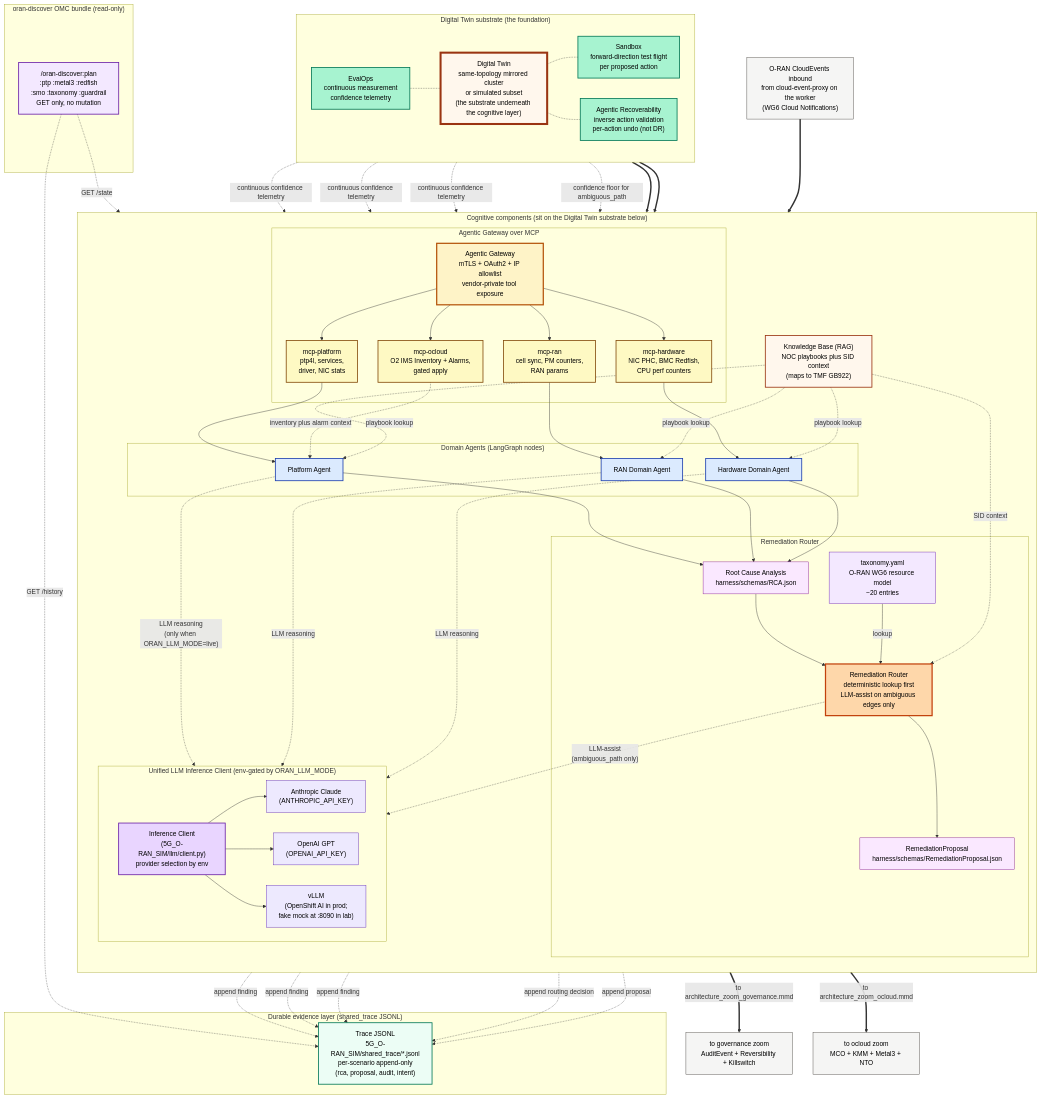
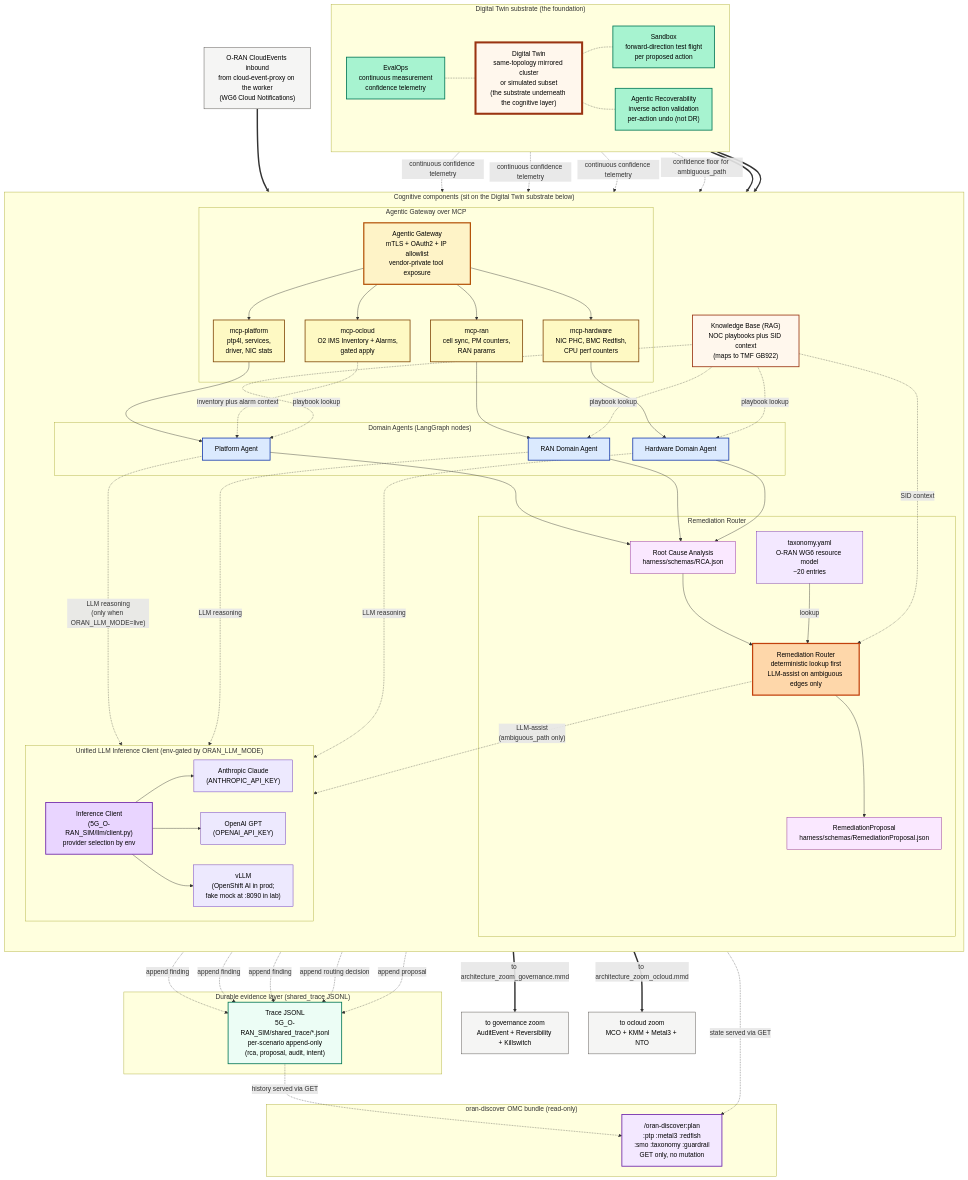
One commit to dkypuros/oran-agent-harness changed the diagram in talk/architecture_zoom_cognitive.mmd. Above: the diagram before and after it, drawn with Mermaid. The commit also changed 3 other files, not shown here.

First line of the commit message:
Address review findings: companion_intent fixture + diagram arrow direction

```diff
--- a/talk/architecture_zoom_cognitive.mmd
+++ b/talk/architecture_zoom_cognitive.mmd
@@ -1,135 +1,135 @@
 %% architecture_zoom_cognitive.mmd v2
 %% v2 changes vs v1:
 %%   replaced generic LiteLLM node with Unified LLM Inference Client showing the three
 %%     providers actually wired in the bench: Anthropic Claude, OpenAI GPT, fake vLLM mock
 %%     (OpenShift AI in production)
 %%   added ORAN_LLM_MODE env gate annotation (live vs default heuristic fallback)
 %%   added Trace JSONL persistence as durable output stream from Router and Agents
 %%   added oran-discover OMC bundle as parallel read-only observability surface
 %% Companion: trust_loop.md, architecture_narrative.md sections 2 and 4
 
 flowchart TB
 
     Inbound["O-RAN CloudEvents inbound<br/>from cloud-event-proxy on the worker<br/>(WG6 Cloud Notifications)"]:::external
 
     subgraph Cognitive["Cognitive components (sit on the Digital Twin substrate below)"]
         direction TB
 
         subgraph AgenticGateway["Agentic Gateway over MCP"]
             Gateway["Agentic Gateway<br/>mTLS + OAuth2 + IP allowlist<br/>vendor-private tool exposure"]:::gateway
             McpPlat["mcp-platform<br/>ptp4l, services,<br/>driver, NIC stats"]:::mcp
             McpRan["mcp-ran<br/>cell sync, PM counters,<br/>RAN params"]:::mcp
             McpHw["mcp-hardware<br/>NIC PHC, BMC Redfish,<br/>CPU perf counters"]:::mcp
             McpOcloud["mcp-ocloud<br/>O2 IMS Inventory + Alarms,<br/>gated apply"]:::mcp
             Gateway --> McpPlat
             Gateway --> McpRan
             Gateway --> McpHw
             Gateway --> McpOcloud
         end
 
         subgraph DomainAgents["Domain Agents (LangGraph nodes)"]
             PlatA["Platform Agent"]:::agent
             RanA["RAN Domain Agent"]:::agent
             HwA["Hardware Domain Agent"]:::agent
         end
 
         KB["Knowledge Base (RAG)<br/>NOC playbooks plus SID context<br/>(maps to TMF GB922)"]:::kb
 
         subgraph RemediationRouterSection["Remediation Router"]
             RCA["Root Cause Analysis<br/>harness/schemas/RCA.json"]:::artifact
             Taxonomy["taxonomy.yaml<br/>O-RAN WG6 resource model<br/>~20 entries"]:::config
             Router["Remediation Router<br/>deterministic lookup first<br/>LLM-assist on ambiguous edges only"]:::router
             Proposal["RemediationProposal<br/>harness/schemas/RemediationProposal.json"]:::artifact
             RCA --> Router
             Taxonomy -- "lookup" --> Router
             Router --> Proposal
         end
 
         subgraph LlmClient["Unified LLM Inference Client (env-gated by ORAN_LLM_MODE)"]
             direction LR
             ClientCore["Inference Client<br/>(5G_O-RAN_SIM/llm/client.py)<br/>provider selection by env"]:::llm
             Anthropic["Anthropic Claude<br/>(ANTHROPIC_API_KEY)"]:::llmBackend
             OpenAI["OpenAI GPT<br/>(OPENAI_API_KEY)"]:::llmBackend
             VLLM["vLLM<br/>(OpenShift AI in prod;<br/>fake mock at :8090 in lab)"]:::llmBackend
             ClientCore --> Anthropic
             ClientCore --> OpenAI
             ClientCore --> VLLM
         end
 
         McpPlat --> PlatA
         McpRan --> RanA
         McpHw --> HwA
         McpOcloud -. "inventory plus alarm context" .-> PlatA
         PlatA --> RCA
         RanA --> RCA
         HwA --> RCA
         KB -. "playbook lookup" .-> PlatA
         KB -. "playbook lookup" .-> RanA
         KB -. "playbook lookup" .-> HwA
         KB -. "SID context" .-> Router
         PlatA -. "LLM reasoning<br/>(only when ORAN_LLM_MODE=live)" .-> ClientCore
         RanA -. "LLM reasoning" .-> ClientCore
         HwA -. "LLM reasoning" .-> ClientCore
         Router -. "LLM-assist<br/>(ambiguous_path only)" .-> ClientCore
     end
 
     subgraph TwinSubstrate["Digital Twin substrate (the foundation)"]
         direction LR
         EvalOps["EvalOps<br/>continuous measurement<br/>confidence telemetry"]:::activity
         Twin["Digital Twin<br/>same-topology mirrored cluster<br/>or simulated subset<br/>(the substrate underneath the cognitive layer)"]:::twin
         Sandbox["Sandbox<br/>forward-direction test flight<br/>per proposed action"]:::activity
         Recoverability["Agentic Recoverability<br/>inverse action validation<br/>per-action undo (not DR)"]:::activity
         EvalOps -.- Twin
         Twin -.- Sandbox
         Twin -.- Recoverability
     end
 
     subgraph Persistence["Durable evidence layer (shared_trace JSONL)"]
         Trace["Trace JSONL<br/>5G_O-RAN_SIM/shared_trace/*.jsonl<br/>per-scenario append-only<br/>(rca, proposal, audit, intent)"]:::trace
     end
 
     subgraph DiscoverBundle["oran-discover OMC bundle (read-only)"]
         Discover["/oran-discover:plan<br/>:ptp :metal3 :redfish<br/>:smo :taxonomy :guardrail<br/>GET only, no mutation"]:::discover
     end
 
     Inbound ==> Gateway
 
     %% EvalOps continuous loops up to agents and Router
     EvalOps -. "continuous confidence telemetry" .-> PlatA
     EvalOps -. "continuous confidence telemetry" .-> RanA
     EvalOps -. "continuous confidence telemetry" .-> HwA
     EvalOps -. "confidence floor for ambiguous_path" .-> Router
 
     %% Sandbox and Recoverability inform the Proposal
     Sandbox ==> Proposal
     Recoverability ==> Proposal
 
     %% Trace persistence captures every cognitive output
     PlatA -. "append finding" .-> Trace
     RanA -. "append finding" .-> Trace
     HwA -. "append finding" .-> Trace
     Router -. "append routing decision" .-> Trace
     Proposal -. "append proposal" .-> Trace
 
-    %% oran-discover reads (no writes)
-    Discover -. "GET /history" .-> Trace
-    Discover -. "GET /state" .-> Gateway
+    %% oran-discover reads (no writes); arrows show data-flow direction
+    Trace -. "history served via GET" .-> Discover
+    Gateway -. "state served via GET" .-> Discover
 
     %% Proposal flows outward to the other zooms
     Proposal == "to architecture_zoom_governance.mmd" ==> OutGov["to governance zoom<br/>AuditEvent + Reversibility + Killswitch"]:::external
     Proposal == "to architecture_zoom_ocloud.mmd" ==> OutOcloud["to ocloud zoom<br/>MCO + KMM + Metal3 + NTO"]:::external
 
     classDef external fill:#f5f5f4,stroke:#44403c,color:#000
     classDef gateway fill:#fef3c7,stroke:#b45309,color:#000,stroke-width:3px
     classDef mcp fill:#fef9c3,stroke:#854d0e,color:#000,stroke-width:2px
     classDef agent fill:#dbeafe,stroke:#1e40af,color:#000,stroke-width:2px
     classDef router fill:#fed7aa,stroke:#c2410c,color:#000,stroke-width:3px
     classDef artifact fill:#fae8ff,stroke:#86198f,color:#000
     classDef config fill:#f3e8ff,stroke:#6b21a8,color:#000
     classDef kb fill:#fff7ed,stroke:#9a3412,color:#000,stroke-width:2px
     classDef llm fill:#e9d5ff,stroke:#6b21a8,color:#000,stroke-width:2px
     classDef llmBackend fill:#ede9fe,stroke:#5b21b6,color:#000
     classDef twin fill:#fff7ed,stroke:#9a3412,color:#000,stroke-width:5px
     classDef activity fill:#a7f3d0,stroke:#047857,color:#000,stroke-width:2px
     classDef trace fill:#ecfdf5,stroke:#047857,color:#000,stroke-width:2px
     classDef discover fill:#f3e8ff,stroke:#6b21a8,color:#000,stroke-width:2px
```
